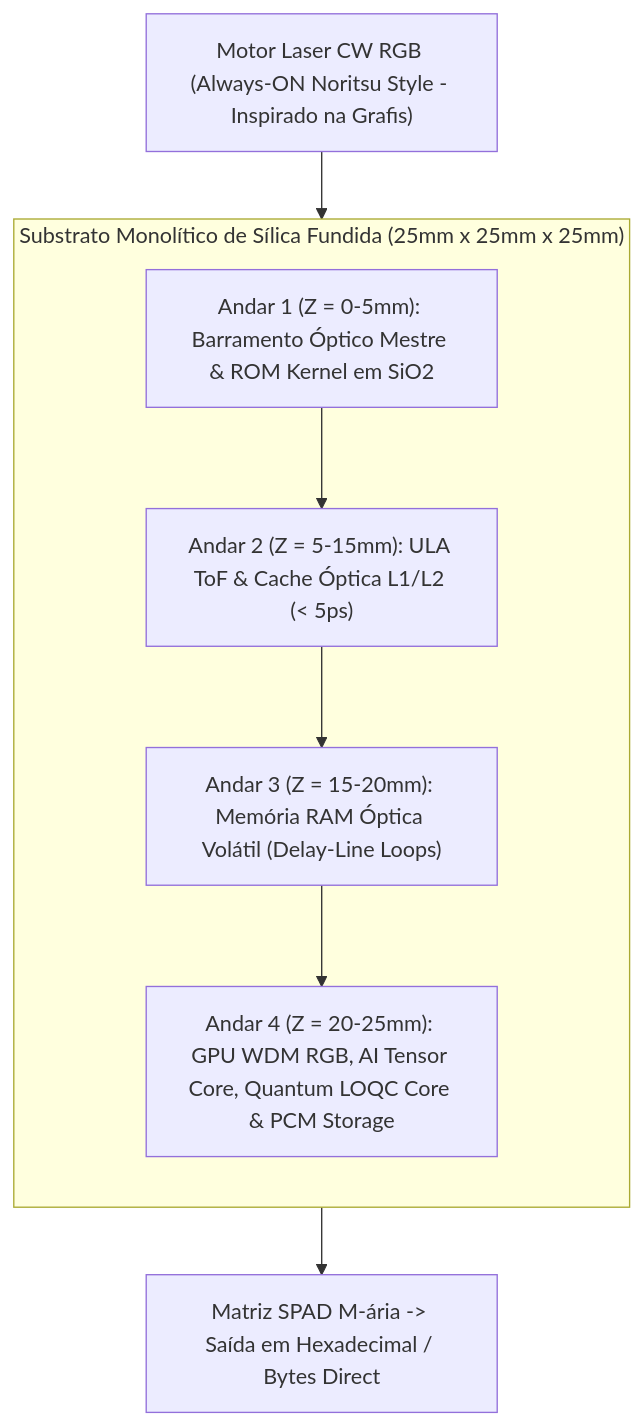
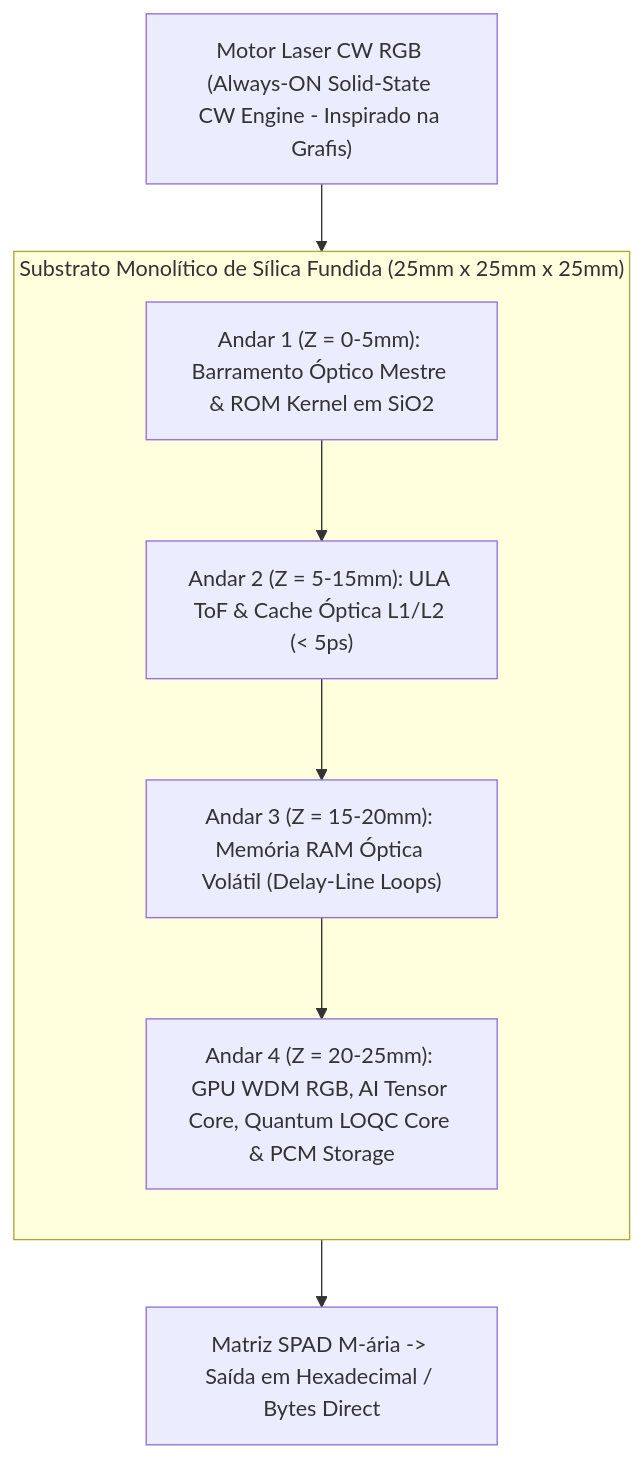
The diagram in README.md (Roliveira96/SilicaCore), drawn with Mermaid before and after one commit. The commit also changed other lines of this file and 7 other files, not shown here.

````diff
--- a/README.md
+++ b/README.md
@@ -114,17 +114,17 @@
 ```mermaid
 flowchart TD
     subgraph CuboSilica["Substrato Monolítico de Sílica Fundida (25mm x 25mm x 25mm)"]
         direction TB
         Andar4["Andar 4 (Z = 20-25mm): GPU WDM RGB, AI Tensor Core, Quantum LOQC Core & PCM Storage"]
         Andar3["Andar 3 (Z = 15-20mm): Memória RAM Óptica Volátil (Delay-Line Loops)"]
         Andar2["Andar 2 (Z = 5-15mm): ULA ToF & Cache Óptica L1/L2 (< 5ps)"]
         Andar1["Andar 1 (Z = 0-5mm): Barramento Óptico Mestre & ROM Kernel em SiO2"]
 
         Andar1 --> Andar2
         Andar2 --> Andar3
         Andar3 --> Andar4
     end
 
-    Input["Motor Laser CW RGB (Always-ON Noritsu Style - Inspirado na Grafis)"] --> CuboSilica
+    Input["Motor Laser CW RGB (Always-ON Solid-State CW Engine - Inspirado na Grafis)"] --> CuboSilica
     CuboSilica --> Output["Matriz SPAD M-ária -> Saída em Hexadecimal / Bytes Direct"]
 ```
````
